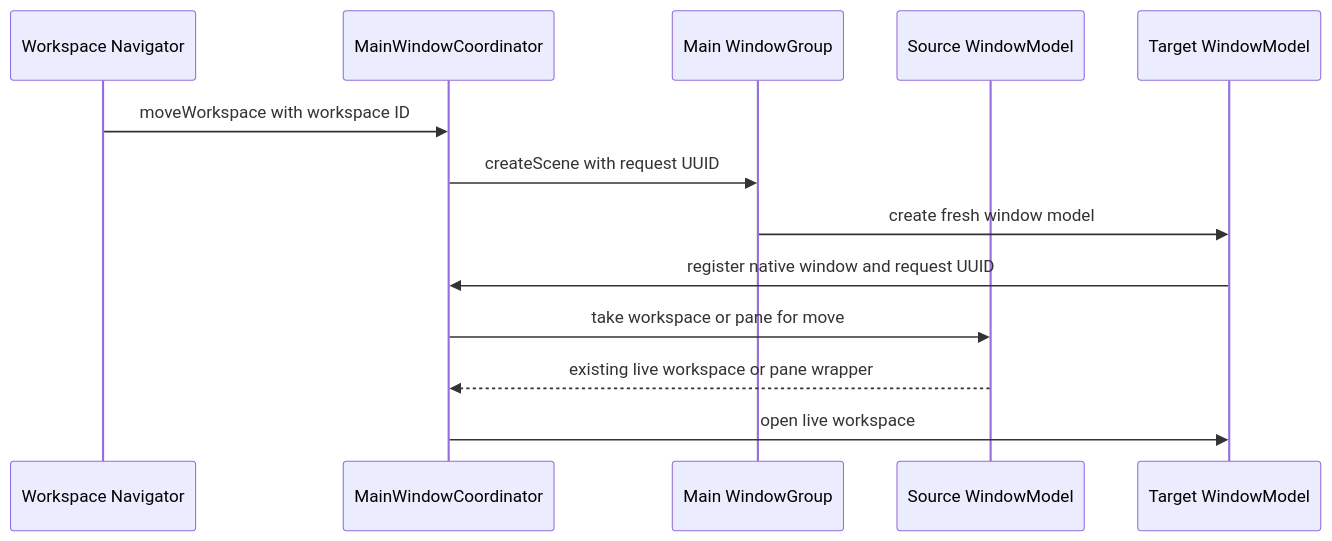
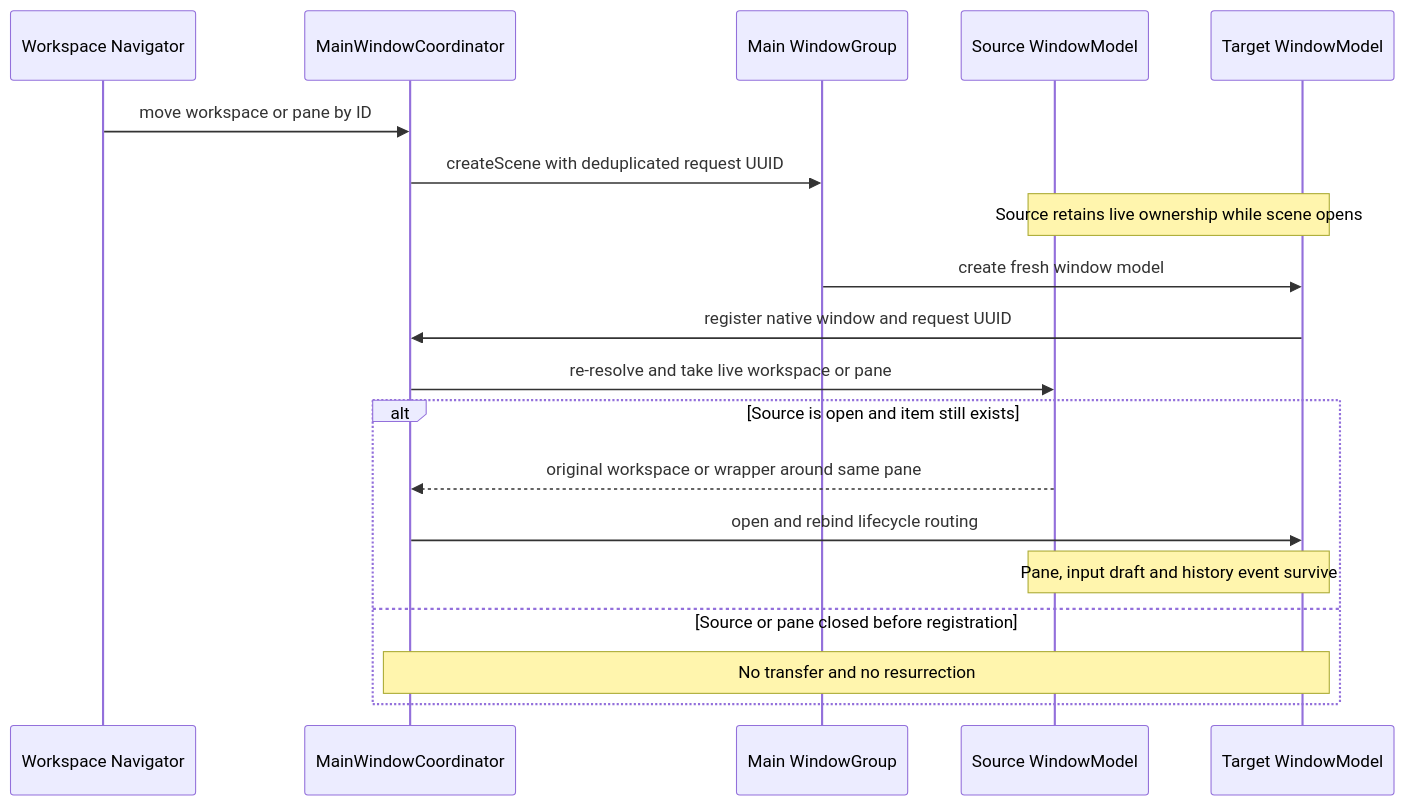
Before and after one commit to AkinoKaede/Termind: the second of 9 diagrams in openwiki/architecture/desktop-ui.md, drawn with Mermaid. The commit also changed other lines of this file and 59 other files, not shown here.

````diff
--- a/openwiki/architecture/desktop-ui.md
+++ b/openwiki/architecture/desktop-ui.md
@@ -166,15 +168,21 @@
 ```mermaid
 sequenceDiagram
     participant Navigator as Workspace Navigator
     participant Coordinator as MainWindowCoordinator
     participant Scene as Main WindowGroup
     participant Source as Source WindowModel
     participant Target as Target WindowModel
-    Navigator->>Coordinator: moveWorkspace with workspace ID
-    Coordinator->>Scene: createScene with request UUID
+    Navigator->>Coordinator: move workspace or pane by ID
+    Coordinator->>Scene: createScene with deduplicated request UUID
+    Note over Source,Target: Source retains live ownership while scene opens
     Scene->>Target: create fresh window model
     Target->>Coordinator: register native window and request UUID
-    Coordinator->>Source: take workspace or pane for move
-    Source-->>Coordinator: existing live workspace or pane wrapper
-    Coordinator->>Target: open live workspace
+    Coordinator->>Source: re-resolve and take live workspace or pane
+    alt Source is open and item still exists
+        Source-->>Coordinator: original workspace or wrapper around same pane
+        Coordinator->>Target: open and rebind lifecycle routing
+        Note over Source,Target: Pane, input draft and history event survive
+    else Source or pane closed before registration
+        Note over Coordinator,Target: No transfer and no resurrection
+    end
 ```
````
